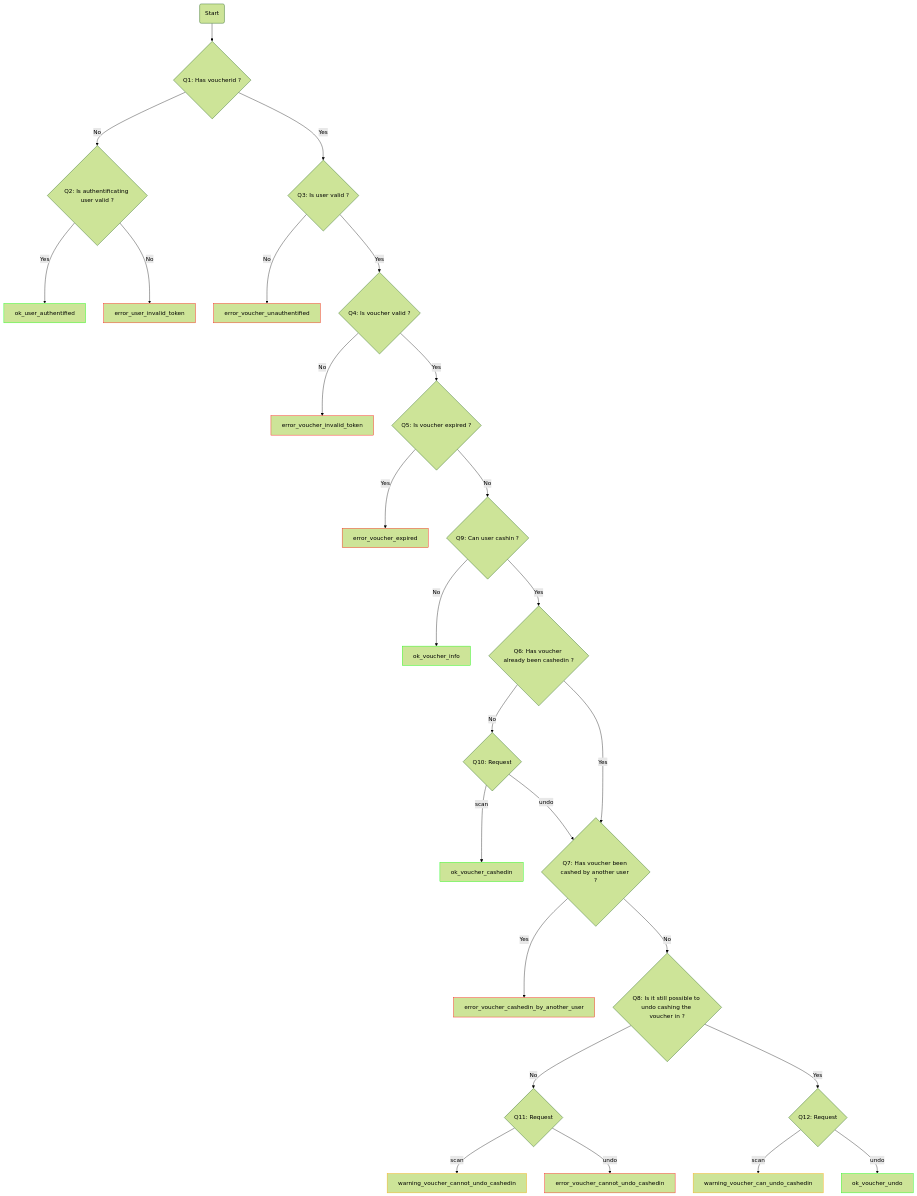
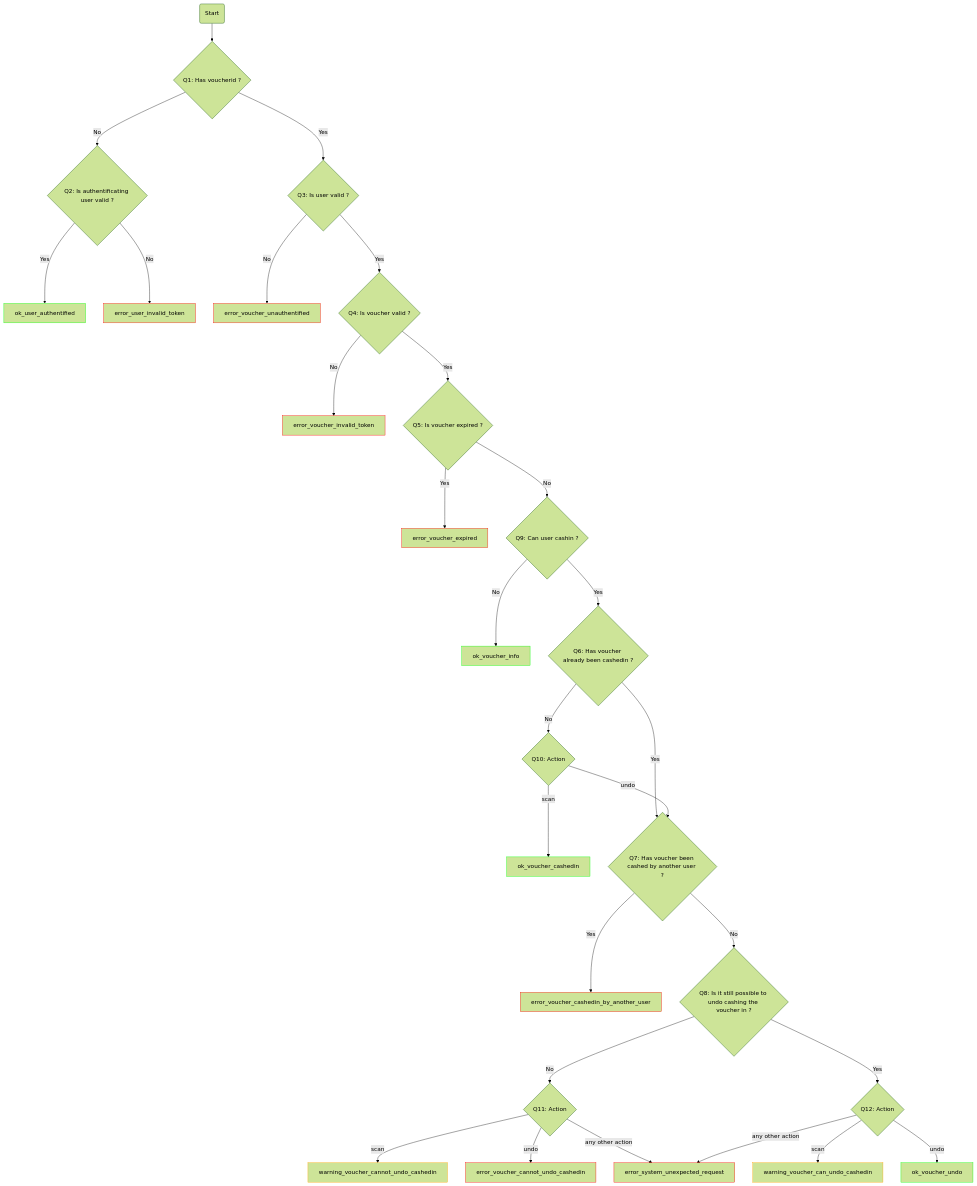
One commit to epicerieledetour/ledetour-vouchers changed the diagram in README.md. Above: the diagram before and after it, drawn with Mermaid (forest theme). The commit also changed 1 other file, not shown here.

Commit message:
Add Q11 request error

````diff
--- a/README.md
+++ b/README.md
@@ -5,70 +5,73 @@
 ```mermaid
 flowchart TD
     S(Start)
     S --> Q1
 
     Q1{Q1: Has voucherid ?}
     Q1 -- No --> Q2
     Q1 -- Yes --> Q3
 
     Q2{Q2: Is authentificating user valid ?}
     Q2Y[ok_user_authentified]:::ok
     Q2N[error_user_invalid_token]:::error
     Q2 -- Yes --> Q2Y
     Q2 -- No --> Q2N
 
     Q3{Q3: Is user valid ?}
     Q3N[error_voucher_unauthentified]:::error
     Q3 -- No --> Q3N
     Q3 -- Yes --> Q4
 
     Q4{Q4: Is voucher valid ?}
     Q4N[error_voucher_invalid_token]:::error
     Q4 -- No --> Q4N
     Q4 -- Yes --> Q5
 
     Q5{Q5: Is voucher expired ?}
     Q5Y[error_voucher_expired]:::error
     Q5 -- Yes --> Q5Y
     Q5 -- No --> Q9
 
     Q9{Q9: Can user cashin ?}
     Q9N[ok_voucher_info]:::ok
     Q9 -- No --> Q9N
     Q9 -- Yes --> Q6
 
     Q6{Q6: Has voucher already been cashedin ?}
     Q6N[ok_voucher_cashedin]:::ok
     Q6 -- No --> Q10
     Q6 -- Yes --> Q7
 
-    Q10{Q10: Request}
+    Q10{Q10: Action}
     Q10 -- scan --> Q6N
     Q10 -- undo --> Q7
 
     Q7{Q7: Has voucher been cashed by another user ?}
     Q7Y[error_voucher_cashedin_by_another_user]:::error
     Q7 -- Yes --> Q7Y
     Q7 -- No --> Q8
 
     Q8{Q8: Is it still possible to undo cashing the voucher in ?}
     Q8N[warning_voucher_cannot_undo_cashedin]:::warning
     Q8Y[warning_voucher_can_undo_cashedin]:::warning
     Q8 -- No --> Q11
     Q8 -- Yes --> Q12
 
-    Q11{Q11: Request}
+    Q11{Q11: Action}
     Q11U[error_voucher_cannot_undo_cashedin]:::error
     Q11 -- scan --> Q8N
     Q11 -- undo --> Q11U
+    Q11 -- any other action --> Unexpected
 
-    Q12{Q12: Request}
+    Q12{Q12: Action}
     Q12U[ok_voucher_undo]:::ok
     Q12 -- scan --> Q8Y
     Q12 -- undo --> Q12U
+    Q12 -- any other action --> Unexpected
 
+    Unexpected[error_system_unexpected_request]:::error
 
     classDef ok stroke:#0f0
     classDef warning stroke:#ffa500
     classDef error stroke:#f00
 ```
````
